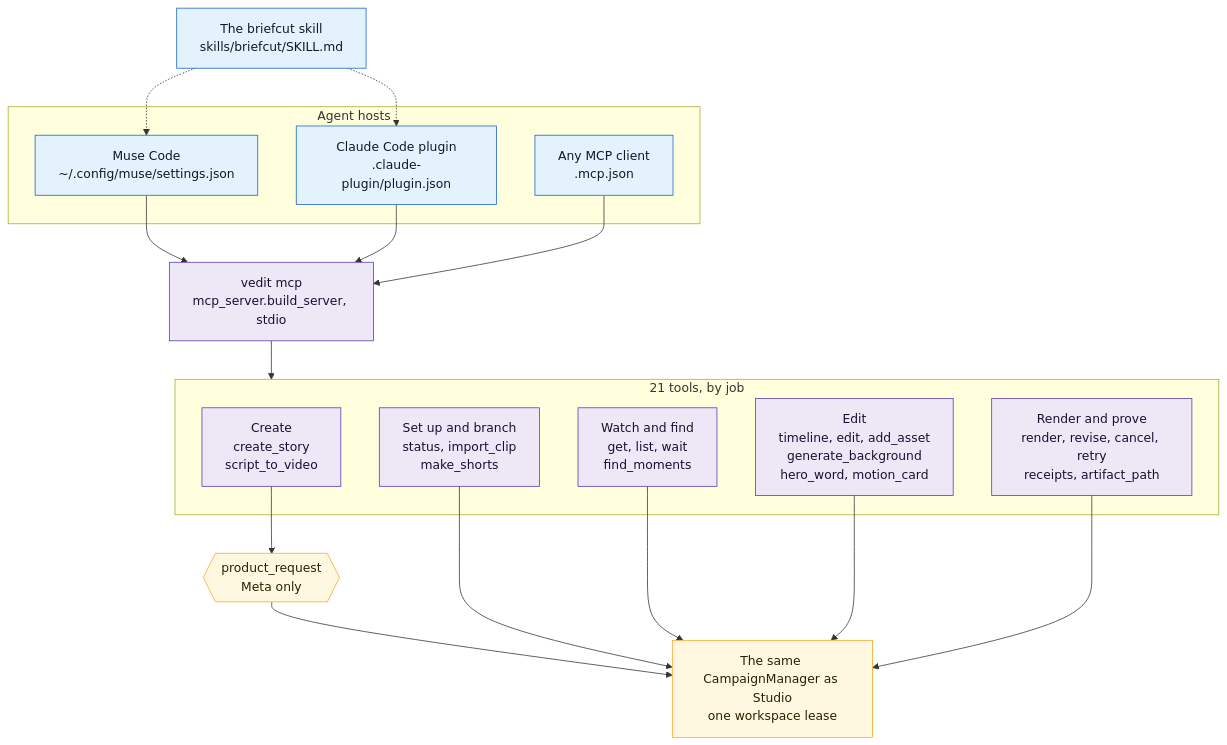
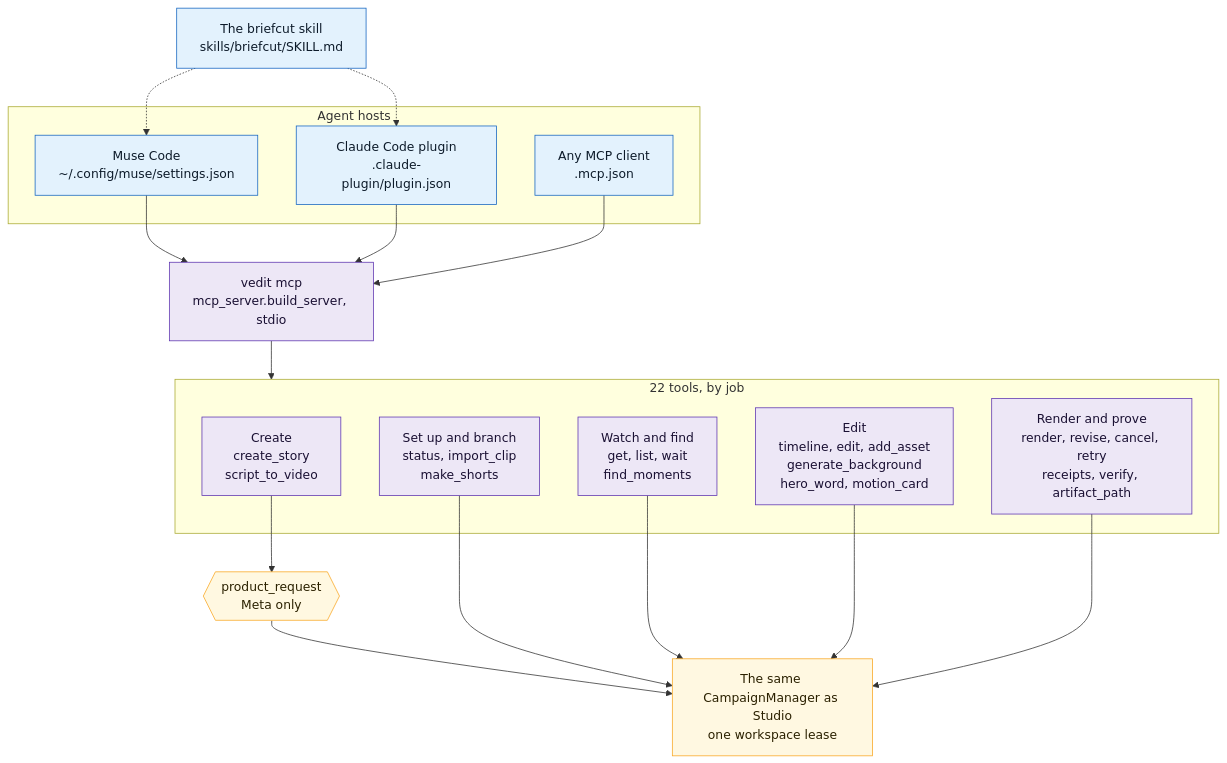
Diagram 16 of 16 in ARCHITECTURE.md (ankitshah009/briefcut_aubric), drawn with Mermaid before and after one commit. The commit also changed other lines of this file and 17 other files, not shown here.

````diff
--- a/ARCHITECTURE.md
+++ b/ARCHITECTURE.md
@@ -518,33 +518,33 @@
 ```mermaid
 flowchart TB
   subgraph hosts["Agent hosts"]
     musecode["Muse Code<br/>~/.config/muse/settings.json"]
     claude["Claude Code plugin<br/>.claude-plugin/plugin.json"]
     other["Any MCP client<br/>.mcp.json"]
   end
   skill["The briefcut skill<br/>skills/briefcut/SKILL.md"]
   server["vedit mcp<br/>mcp_server.build_server, stdio"]
-  subgraph tools["21 tools, by job"]
+  subgraph tools["22 tools, by job"]
     create["Create<br/>create_story<br/>script_to_video"]
     setup["Set up and branch<br/>status, import_clip<br/>make_shorts"]
     watch["Watch and find<br/>get, list, wait<br/>find_moments"]
     edit["Edit<br/>timeline, edit, add_asset<br/>generate_background<br/>hero_word, motion_card"]
-    render["Render and prove<br/>render, revise, cancel, retry<br/>receipts, artifact_path"]
+    render["Render and prove<br/>render, revise, cancel, retry<br/>receipts, verify, artifact_path"]
   end
   gate{{"product_request<br/>Meta only"}}
   manager["The same CampaignManager as Studio<br/>one workspace lease"]
   skill -.-> musecode
   skill -.-> claude
   musecode --> server
   claude --> server
   other --> server
   server --> tools
   create --> gate --> manager
   setup & watch & edit & render --> manager
   classDef actor fill:#e3f2fd,stroke:#1565c0,color:#0d1b2a
   classDef door fill:#ede7f6,stroke:#5e35b1,color:#1a1033
   classDef core fill:#fff8e1,stroke:#f9a825,color:#2b2100
   class musecode,claude,other,skill actor
   class server,create,setup,watch,edit,render door
   class gate,manager core
 ```
````
